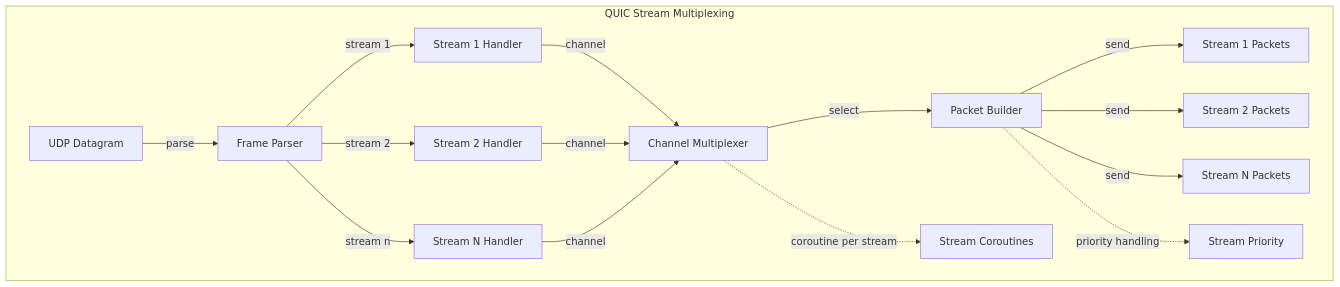
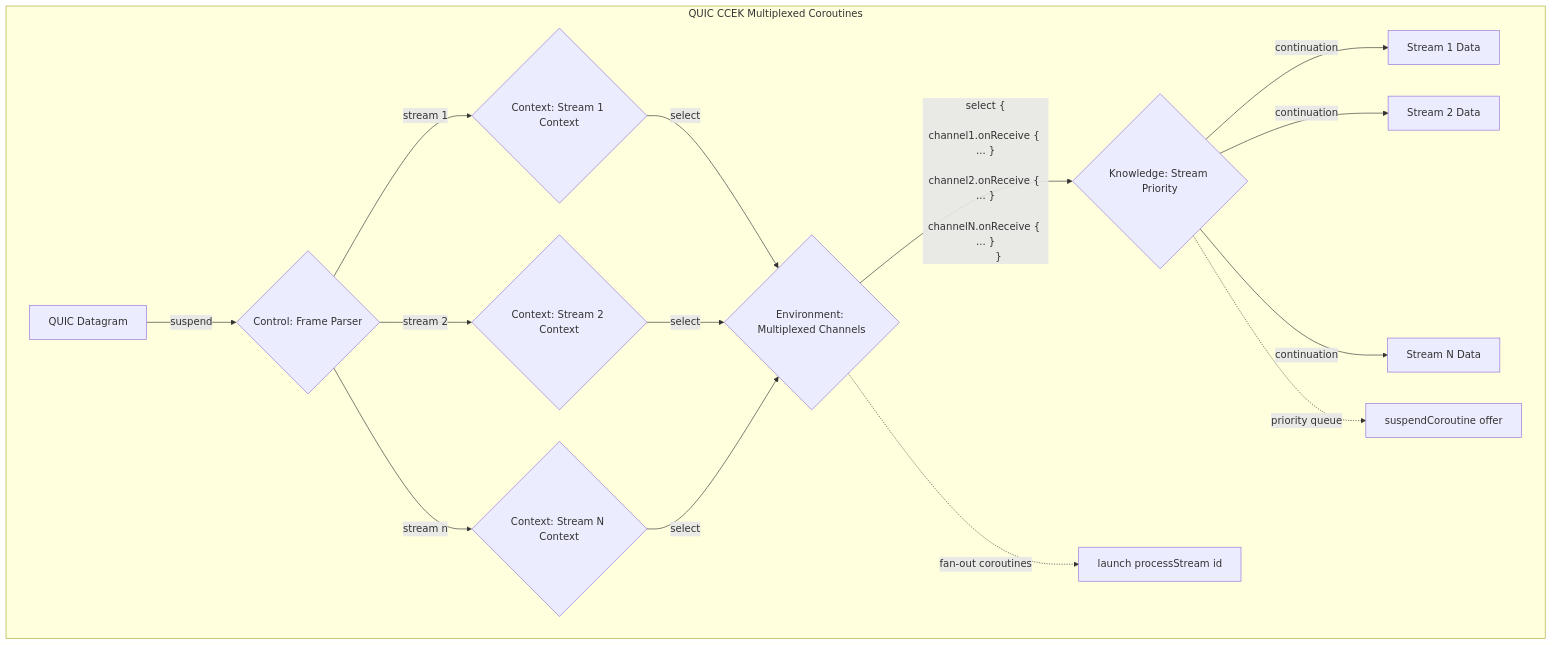
Before and after one commit to jnorthrup/superbikeshed: the third of 8 diagrams in CHANNEL_CCEK_TODO.md, drawn with Mermaid. The commit also changed other lines of this file and 4 other files, not shown here.

````diff
--- a/CHANNEL_CCEK_TODO.md
+++ b/CHANNEL_CCEK_TODO.md
@@ -59,23 +65,27 @@
 ```mermaid
 flowchart TD 
-    subgraph "QUIC Stream Multiplexing"
-        A[UDP Datagram] -->|parse| B[Frame Parser]
+    subgraph "QUIC CCEK Multiplexed Coroutines"
+        A[QUIC Datagram] -->|suspend| B{Control: Frame Parser}
         
-        B -->|stream 1| C1[Stream 1 Handler]
-        B -->|stream 2| C2[Stream 2 Handler]
-        B -->|stream n| CN[Stream N Handler]
+        B -->|stream 1| C1{Context: Stream 1 Context}
+        B -->|stream 2| C2{Context: Stream 2 Context}
+        B -->|stream n| CN{Context: Stream N Context}
         
-        C1 -->|channel| D[Channel Multiplexer]
-        C2 -->|channel| D
-        CN -->|channel| D
+        C1 -->|select| D{Environment: Multiplexed Channels}
+        C2 -->|select| D
+        CN -->|select| D
         
-        D -->|select| E[Packet Builder]
+        D -->|"select {
+            channel1.onReceive { ... }
+            channel2.onReceive { ... }
+            channelN.onReceive { ... }
+        }"| E{Knowledge: Stream Priority}
         
-        E -->|send| F1[Stream 1 Packets]
-        E -->|send| F2[Stream 2 Packets]
-        E -->|send| FN[Stream N Packets]
+        E -->|continuation| F1[Stream 1 Data]
+        E -->|continuation| F2[Stream 2 Data]
+        E -->|continuation| FN[Stream N Data]
         
-        D -.->|coroutine per stream| FO[Stream Coroutines]
-        E -.->|priority handling| PQ[Stream Priority]
+        D -.->|"fan-out coroutines"| FO[launch processStream id]
+        E -.->|"priority queue"| PQ[suspendCoroutine offer]
     end
 ```
````
